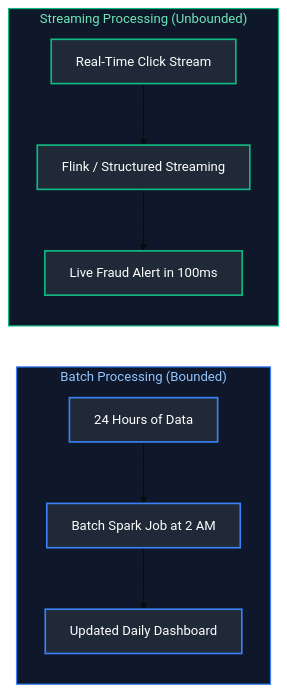
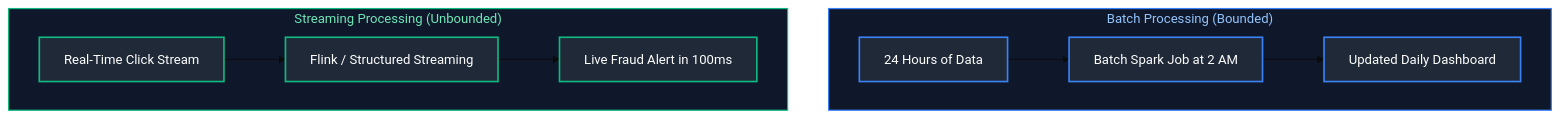
The second of 15 diagrams in Data Engineering/10_data_pipeline_design_and_ingestion.md (joydeep-biswas/Interview-Preparation), drawn with Mermaid (base theme) before and after one commit. The commit also changed other lines of this file and 76 other files, not shown here.

Commit message:
Updated Charts

````diff
--- a/Data Engineering/10_data_pipeline_design_and_ingestion.md
+++ b/Data Engineering/10_data_pipeline_design_and_ingestion.md
@@ -157,20 +157,20 @@
 ```mermaid
-flowchart LR
+flowchart TD
     subgraph BatchParadigm ["Batch Processing (Bounded)"]
         BIn[24 Hours of Data] --> BProc[Batch Spark Job at 2 AM] --> BOut[Updated Daily Dashboard]
     end
 
     subgraph StreamParadigm ["Streaming Processing (Unbounded)"]
         SIn[Real-Time Click Stream] --> SProc[Flink / Structured Streaming] --> SOut[Live Fraud Alert in 100ms]
     end
 
     style BatchParadigm fill:#0f172a,stroke:#3b82f6,stroke-width:1.5px,color:#93c5fd
     style StreamParadigm fill:#0f172a,stroke:#10b981,stroke-width:1.5px,color:#6ee7b7
 
     style BIn fill:#1f2937,stroke:#3b82f6,stroke-width:2px,color:#fff
     style BProc fill:#1f2937,stroke:#3b82f6,stroke-width:2px,color:#fff
     style BOut fill:#1f2937,stroke:#3b82f6,stroke-width:2px,color:#fff
     style SIn fill:#1f2937,stroke:#10b981,stroke-width:2px,color:#fff
     style SProc fill:#1f2937,stroke:#10b981,stroke-width:2px,color:#fff
     style SOut fill:#1f2937,stroke:#10b981,stroke-width:2px,color:#fff
 ```
````
